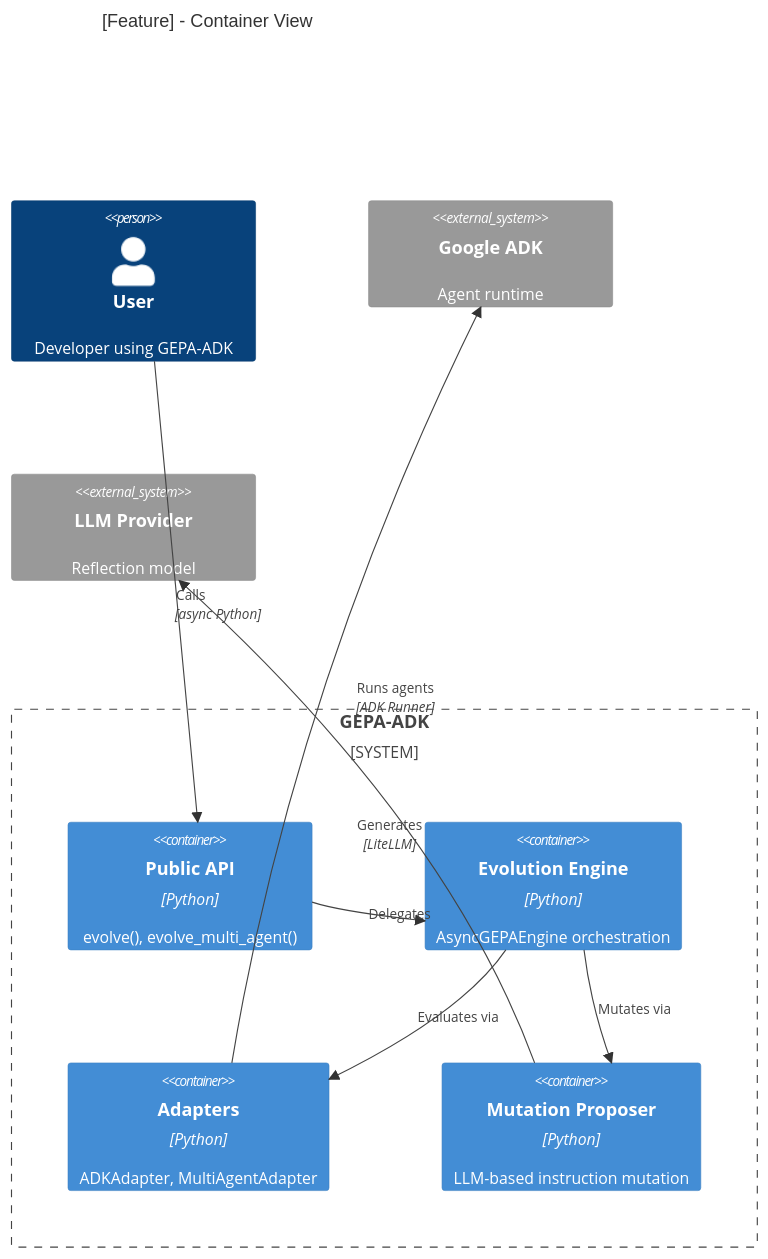
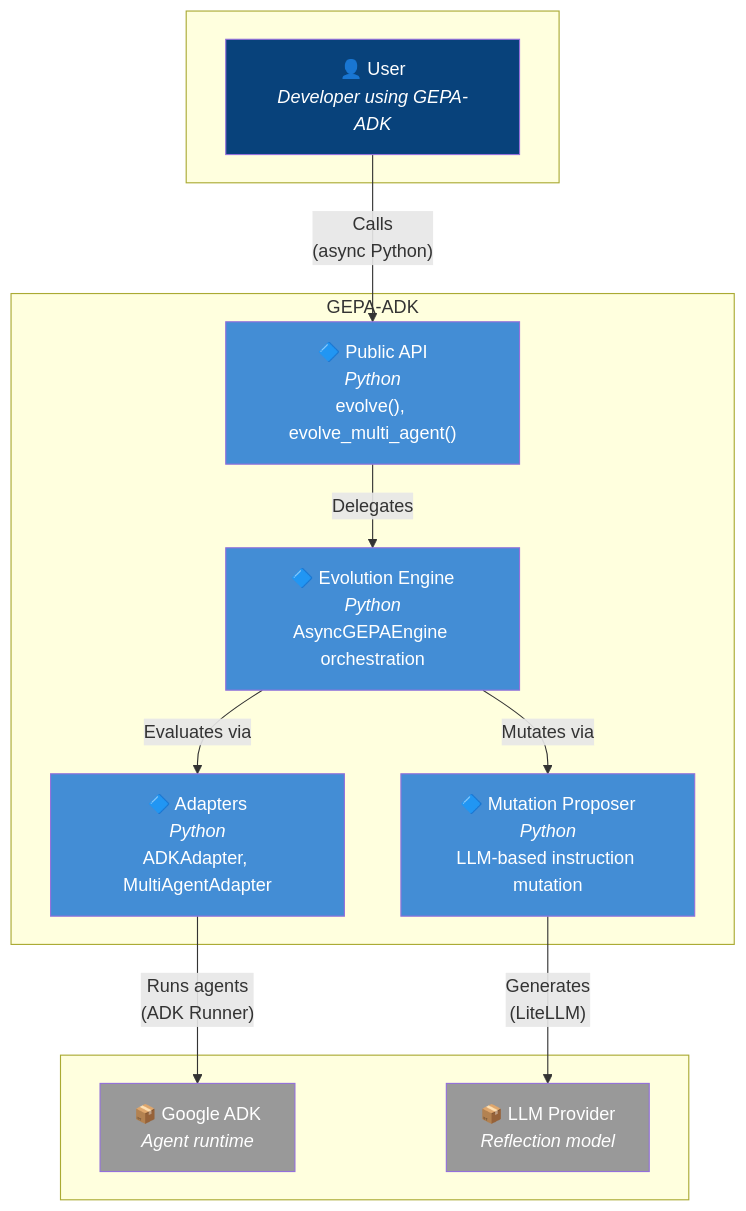
Before and after one commit to Alberto-Codes/gepa-adk: the second of 11 diagrams in .specify/templates/architecture-template.md, drawn with Mermaid. The commit also changed other lines of this file, not shown here.

Commit message:
feat(spec): enhance architecture documentation with flowchart diagrams for clarity

````diff
--- a/.specify/templates/architecture-template.md
+++ b/.specify/templates/architecture-template.md
@@ -68,23 +79,33 @@
 ```mermaid
-C4Container
-title [Feature] - Container View
+flowchart TB
+    subgraph Actors[" "]
+        user["👤 User<br/><i>Developer using GEPA-ADK</i>"]
+    end
 
-Person(user, "User", "Developer using GEPA-ADK")
+    subgraph GEPA["GEPA-ADK"]
+        api["🔷 Public API<br/><i>Python</i><br/>evolve(), evolve_multi_agent()"]
+        engine["🔷 Evolution Engine<br/><i>Python</i><br/>AsyncGEPAEngine orchestration"]
+        adapters["🔷 Adapters<br/><i>Python</i><br/>ADKAdapter, MultiAgentAdapter"]
+        proposer["🔷 Mutation Proposer<br/><i>Python</i><br/>LLM-based instruction mutation"]
+    end
 
-System_Boundary(gepa, "GEPA-ADK") {
-  Container(api, "Public API", "Python", "evolve(), evolve_multi_agent()")
-  Container(engine, "Evolution Engine", "Python", "AsyncGEPAEngine orchestration")
-  Container(adapters, "Adapters", "Python", "ADKAdapter, MultiAgentAdapter")
-  Container(proposer, "Mutation Proposer", "Python", "LLM-based instruction mutation")
-}
+    subgraph External[" "]
+        adk["📦 Google ADK<br/><i>Agent runtime</i>"]
+        llm["📦 LLM Provider<br/><i>Reflection model</i>"]
+    end
 
-System_Ext(adk, "Google ADK", "Agent runtime")
-System_Ext(llm, "LLM Provider", "Reflection model")
+    user -->|"Calls<br/>(async Python)"| api
+    api -->|"Delegates"| engine
+    engine -->|"Evaluates via"| adapters
+    adapters -->|"Runs agents<br/>(ADK Runner)"| adk
+    engine -->|"Mutates via"| proposer
+    proposer -->|"Generates<br/>(LiteLLM)"| llm
 
-Rel(user, api, "Calls", "async Python")
-Rel(api, engine, "Delegates")
-Rel(engine, adapters, "Evaluates via")
-Rel(adapters, adk, "Runs agents", "ADK Runner")
-Rel(engine, proposer, "Mutates via")
-Rel(proposer, llm, "Generates", "LiteLLM")
+    style api fill:#438DD5,color:#fff
+    style engine fill:#438DD5,color:#fff
+    style adapters fill:#438DD5,color:#fff
+    style proposer fill:#438DD5,color:#fff
+    style adk fill:#999,color:#fff
+    style llm fill:#999,color:#fff
+    style user fill:#08427B,color:#fff
 ```
````
